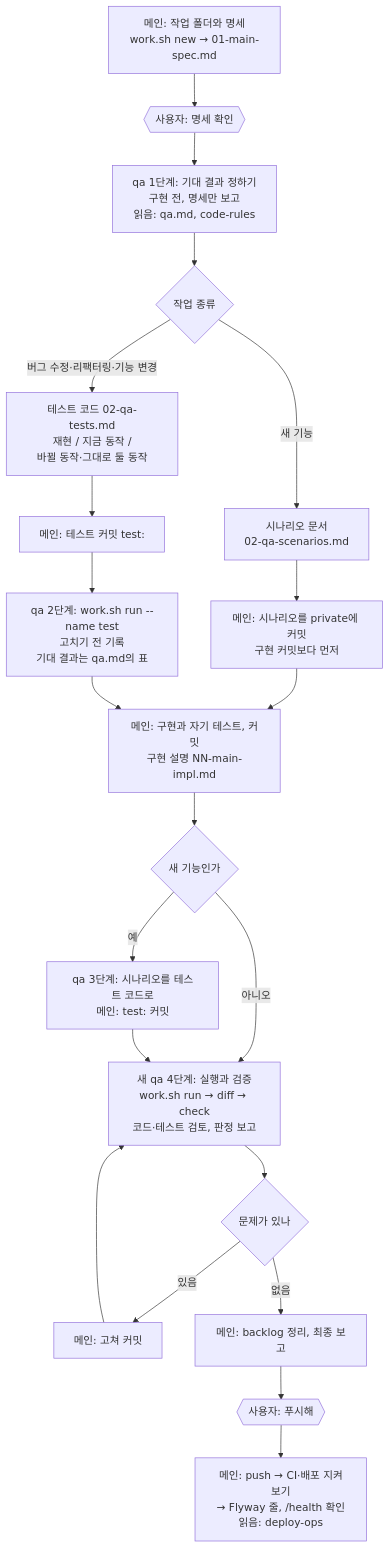
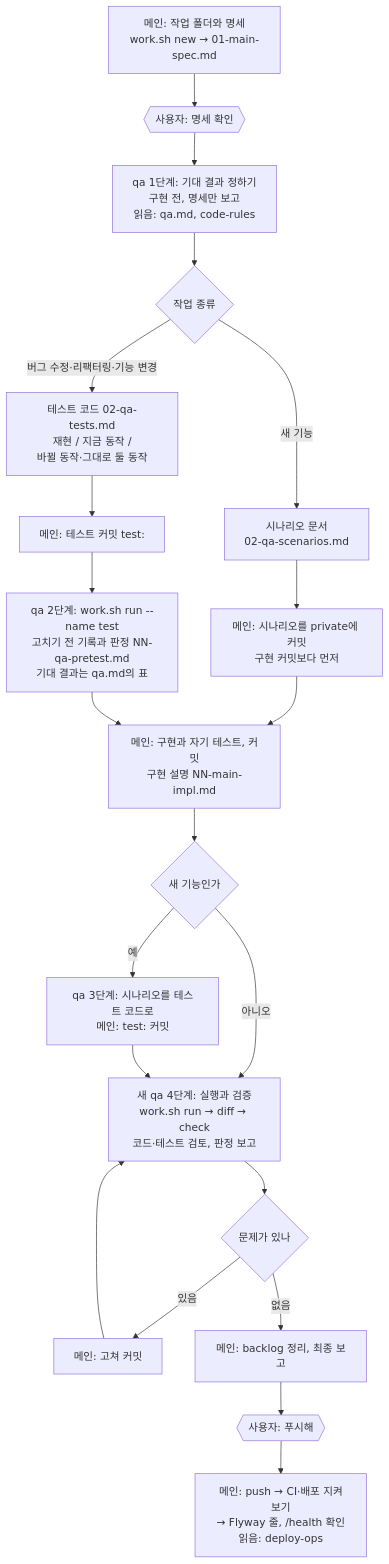
Before and after one commit to gyugyu1/writeLoop: the second of 4 diagrams in docs/guides/claude-work-process.ko.md, drawn with Mermaid. The commit also changed other lines of this file and 3 other files, not shown here.

````diff
--- a/docs/guides/claude-work-process.ko.md
+++ b/docs/guides/claude-work-process.ko.md
@@ -44,23 +44,23 @@
 ```mermaid
 flowchart TD
     S1["메인: 작업 폴더와 명세<br/>work.sh new → 01-main-spec.md"] --> U1{{"사용자: 명세 확인"}}
     U1 --> Q1["qa 1단계: 기대 결과 정하기<br/>구현 전, 명세만 보고<br/>읽음: qa.md, code-rules"]
     Q1 --> KIND{작업 종류}
     KIND -->|새 기능| NF1["시나리오 문서<br/>02-qa-scenarios.md"]
     KIND -->|버그 수정·리팩터링·기능 변경| BF1["테스트 코드 02-qa-tests.md<br/>재현 / 지금 동작 /<br/>바뀔 동작·그대로 둘 동작"]
     NF1 --> NF2["메인: 시나리오를 private에 커밋<br/>구현 커밋보다 먼저"]
     NF2 --> IMPL
     BF1 --> BF2["메인: 테스트 커밋 test:"]
-    BF2 --> BF3["qa 2단계: work.sh run --name test<br/>고치기 전 기록<br/>기대 결과는 qa.md의 표"]
+    BF2 --> BF3["qa 2단계: work.sh run --name test<br/>고치기 전 기록과 판정 NN-qa-pretest.md<br/>기대 결과는 qa.md의 표"]
     BF3 --> IMPL["메인: 구현과 자기 테스트, 커밋<br/>구현 설명 NN-main-impl.md"]
     IMPL --> NEW{새 기능인가}
     NEW -->|예| Q3["qa 3단계: 시나리오를 테스트 코드로<br/>메인: test: 커밋"]
     NEW -->|아니오| Q4
     Q3 --> Q4["새 qa 4단계: 실행과 검증<br/>work.sh run → diff → check<br/>코드·테스트 검토, 판정 보고"]
     Q4 --> RES{문제가 있나}
     RES -->|있음| FIX["메인: 고쳐 커밋"]
     FIX --> Q4
     RES -->|없음| REP["메인: backlog 정리, 최종 보고"]
     REP --> PUSH{{"사용자: 푸시해"}}
     PUSH --> DEP["메인: push → CI·배포 지켜보기<br/>→ Flyway 줄, /health 확인<br/>읽음: deploy-ops"]
 ```
````
